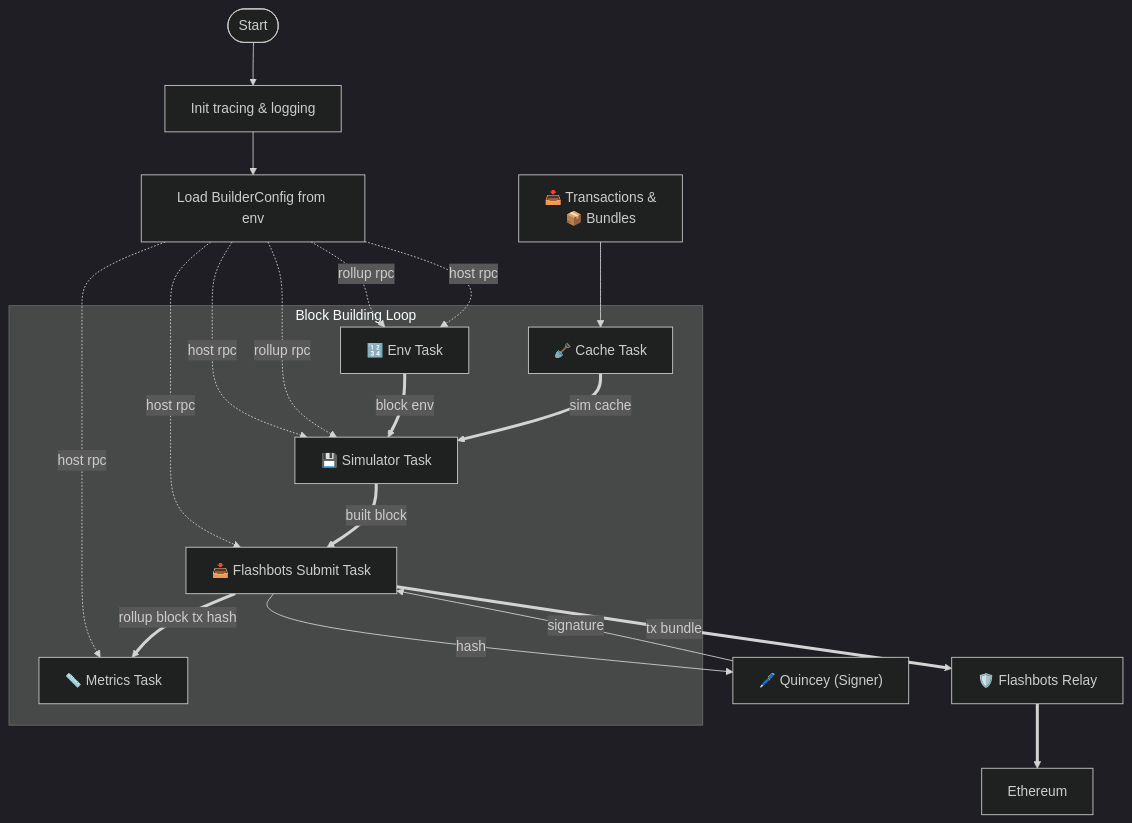
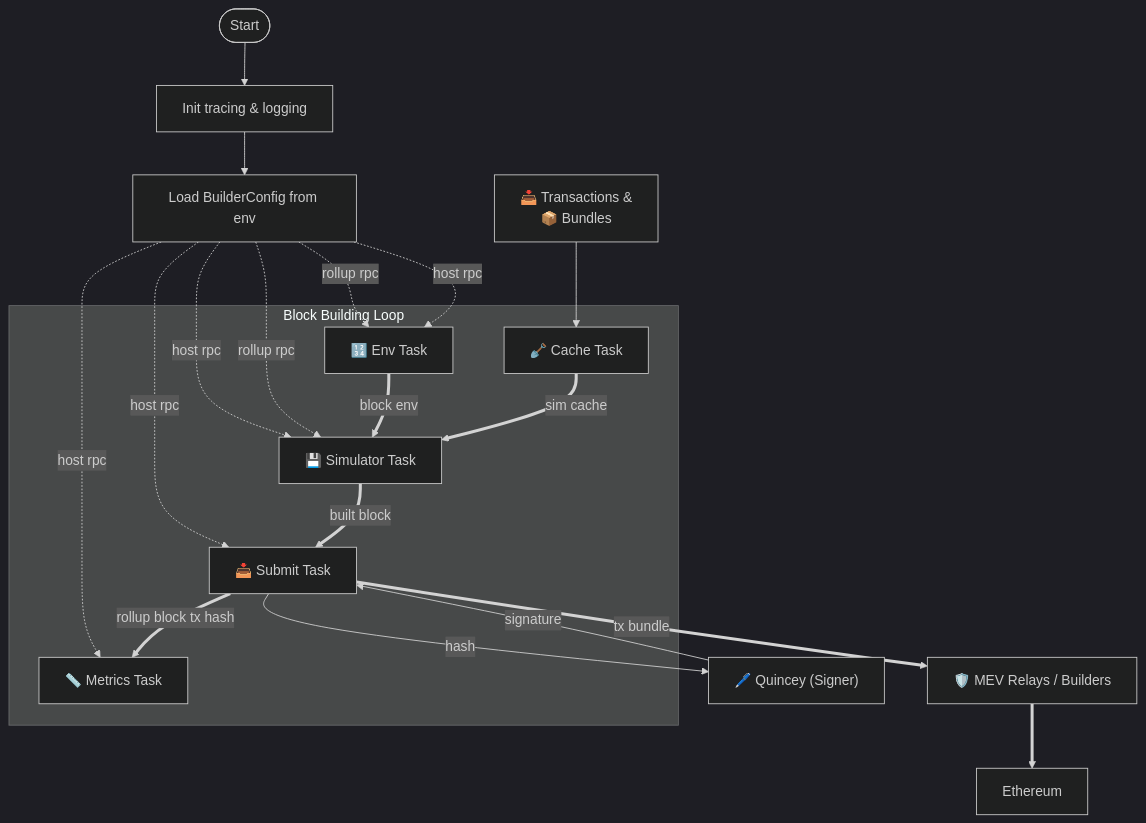
The diagram in README.md (init4tech/builder), drawn with Mermaid before and after one commit. The commit also changed other lines of this file and 5 other files, not shown here.

````diff
--- a/README.md
+++ b/README.md
@@ -22,44 +22,44 @@
 ```mermaid
 %%{ init : { "theme" : "dark" } }%%
 flowchart TD
    %% Initialization
    Start(["Start"]) --> Init["Init tracing & logging"]
    Init --> Config["Load BuilderConfig from env"]
 
    Inbound["📥 Transactions &
    📦 Bundles"] --> Cache["🪏 Cache Task"]
    Quincey["🖊️ Quincey (Signer)"]
 
    %% Block building loop
    subgraph BuilderLoop["Block Building Loop"]
       Env["🔢 Env Task"]
       Cache["🪏 Cache Task"]
       Simulator["💾 Simulator Task"]
       Metrics["📏 Metrics Task"]
-      FlashbotsSubmit["📥 Flashbots Submit Task"]
+      SubmitTask["📥 Submit Task"]
    end
 
    %% Signing
-   FlashbotsSubmit --hash--> Quincey
-   Quincey -- signature --> FlashbotsSubmit
+   SubmitTask --hash--> Quincey
+   Quincey -- signature --> SubmitTask
 
    %% Config wiring
    Config -.rollup rpc.-> Env
    Config -.host rpc.-> Env
    Config -.host rpc.-> Simulator
    Config -.rollup rpc.-> Simulator
    Config -.host rpc.-> Metrics
-   Config -.host rpc.-> FlashbotsSubmit
+   Config -.host rpc.-> SubmitTask
 
    %% Core flow
    Env ==block env==> Simulator
    Cache ==sim cache==> Simulator
-   Simulator ==built block==> FlashbotsSubmit
+   Simulator ==built block==> SubmitTask
 
    %% Network submission
-   FlashbotsSubmit ==>|"tx bundle"| FlashbotsRelay["🛡️ Flashbots Relay"]
-   FlashbotsRelay ==> Ethereum
+   SubmitTask ==>|"tx bundle"| Relays["🛡️ MEV Relays / Builders"]
+   Relays ==> Ethereum
 
    %% Metrics
-   FlashbotsSubmit ==rollup block tx hash==> Metrics
+   SubmitTask ==rollup block tx hash==> Metrics
 ```
````
